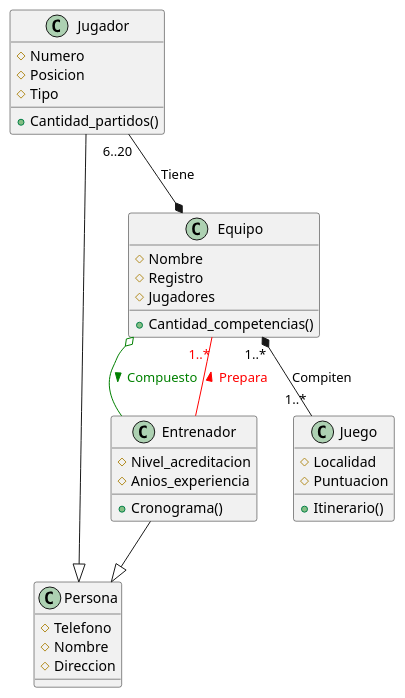
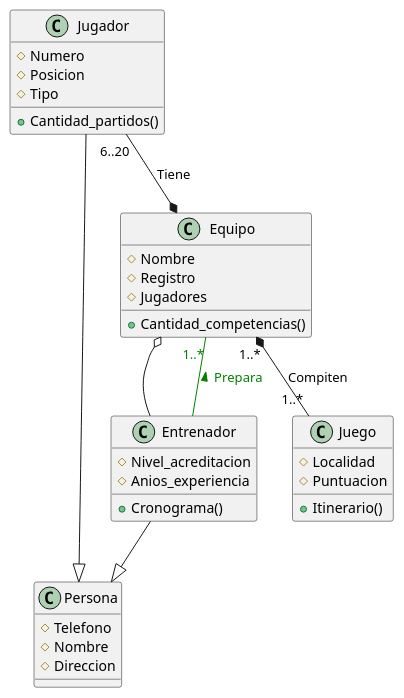
The diagram in docs/diagrams/practica2_ejercicioF_DC.plantuml (Dayannis-07/IS-022023), drawn with PlantUML before and after one commit.

Commit message:
modificiaciones DC

```diff
--- a/docs/diagrams/practica2_ejercicioF_DC.plantuml
+++ b/docs/diagrams/practica2_ejercicioF_DC.plantuml
@@ -1,42 +1,42 @@
 @startuml Diagrama de Clase
 
 class Persona{
     #Telefono
     #Nombre
     #Direccion
 }
 
 class Jugador{
     #Numero
     #Posicion
     #Tipo
     +Cantidad_partidos()
 }
 
 class Entrenador{
     #Nivel_acreditacion
     #Anios_experiencia
     +Cronograma()
 }
 
 class Equipo{
     #Nombre
     #Registro
     #Jugadores
     +Cantidad_competencias()
 }
 
 class Juego{
     #Localidad
     #Puntuacion
     +Itinerario()
 }
 
 Jugador --|> Persona
 Entrenador --|> Persona
 Equipo "1..*" *-- "1..*" Juego:Compiten
 Jugador "6..20" --* Equipo: Tiene
-Equipo o-- Entrenador #green;text:green : Compuesto  >
-Equipo "1..*" -- Entrenador #red;text:red :Prepara <
+Equipo o-- Entrenador : "          "
+Equipo "1..*" -- Entrenador #green;text:green  :Prepara <
 
 @enduml
```
